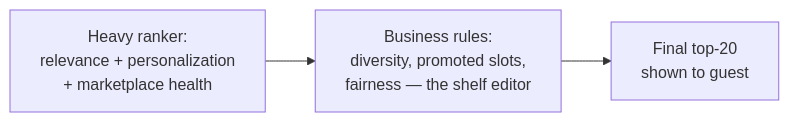
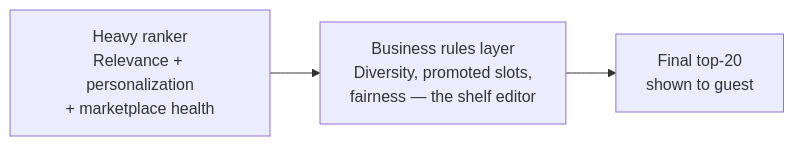
Diagram 14 of 16 in system-design/HLD/0-course/52-Design-Airbnb-Search-Ranking-FAANG-Guide-story.md (riyaz-pasha/Learnings), drawn with Mermaid before and after one commit. The commit also changed other lines of this file and 1 other file, not shown here.

Commit message:
[REWRITE] Airbnb Search Ranking story guide: simplify prose, add structure, fix diagrams

````diff
--- a/system-design/HLD/0-course/52-Design-Airbnb-Search-Ranking-FAANG-Guide-story.md
+++ b/system-design/HLD/0-course/52-Design-Airbnb-Search-Ranking-FAANG-Guide-story.md
@@ -260,5 +551,5 @@
 ```mermaid
 flowchart LR
-    Heavy["Heavy ranker:\nrelevance + personalization\n+ marketplace health"] --> Biz["Business rules:\ndiversity, promoted slots,\nfairness — the shelf editor"]
-    Biz --> Result["Final top-20\nshown to guest"]
+    Heavy["Heavy ranker<br/>Relevance + personalization<br/>+ marketplace health"] --> Biz["Business rules layer<br/>Diversity, promoted slots,<br/>fairness — the shelf editor"]
+    Biz --> Result["Final top-20<br/>shown to guest"]
 ```
````
